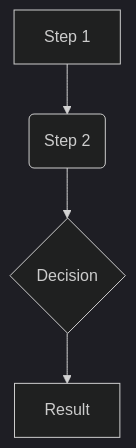
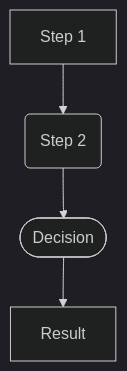
Before and after one commit to annabraun015-stack/krypto-watch: the diagram in src/content/blog/templates/seo-pattern-template.mdx, drawn with Mermaid (dark theme). The commit also changed 10 other files, not shown here.

```diff
--- a/src/content/blog/templates/seo-pattern-template.mdx
+++ b/src/content/blog/templates/seo-pattern-template.mdx
@@ -60,6 +60,6 @@
 <div class="mermaid">
 graph TD
     A[Step 1] --> B(Step 2);
-    B --> C{Decision};
+    B --> C([Decision]);
     C --> D[Result];
 </div>
```
